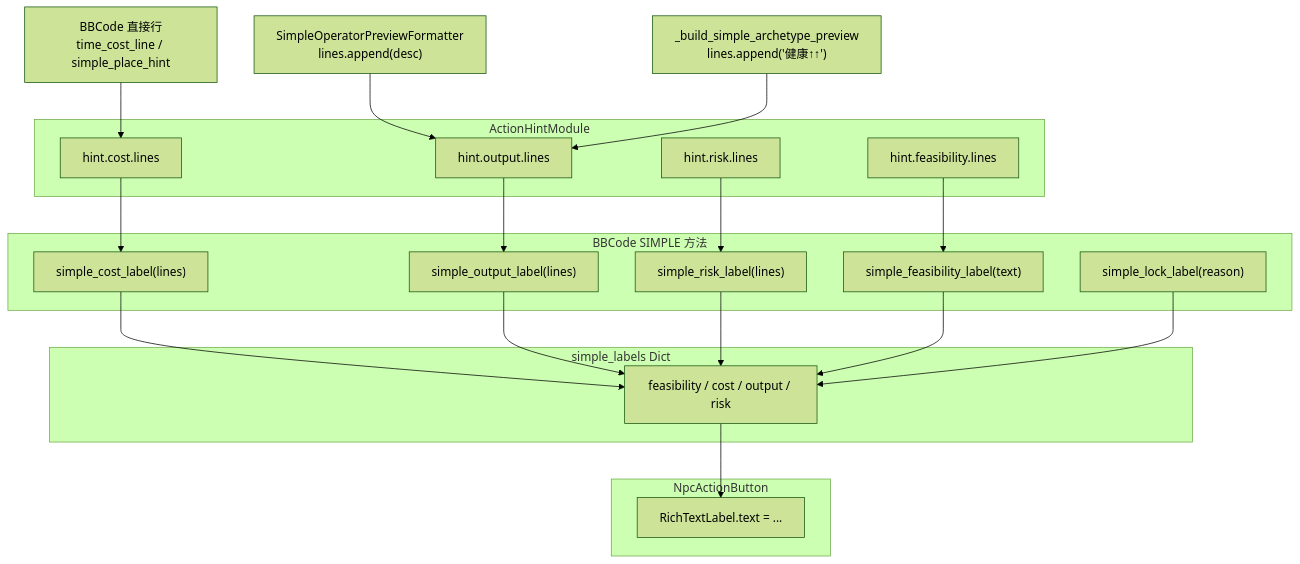
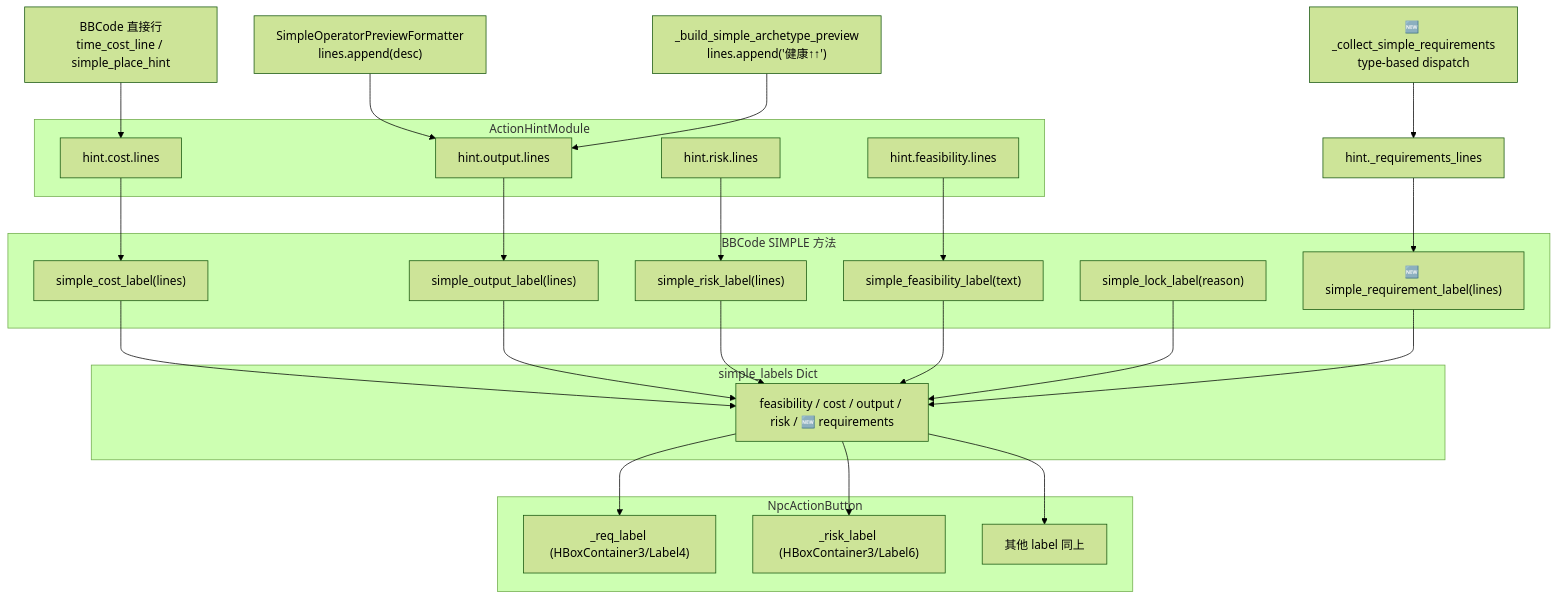
The second of 2 diagrams in DOCUMENTATIONS/feature_intents/hint_profile.md (67-68/poem_map_project), drawn with Mermaid (forest theme) before and after one commit. The commit also changed other lines of this file and 12 other files, not shown here.

Commit message:
action requirement simple profile extend

````diff
--- a/DOCUMENTATIONS/feature_intents/hint_profile.md
+++ b/DOCUMENTATIONS/feature_intents/hint_profile.md
@@ -63,44 +85,53 @@
 ```mermaid
 flowchart TD
     S1["SimpleOperatorPreviewFormatter<br/>lines.append(desc)"]
     S2["_build_simple_archetype_preview<br/>lines.append('健康↑↑')"]
     S3["BBCode 直接行<br/>time_cost_line / simple_place_hint"]
+    S4["🆕 _collect_simple_requirements<br/>type-based dispatch"]
 
     S1 --> M2
     S3 --> M1
     S2 --> M2
+    S4 --> RL["hint._requirements_lines"]
 
     subgraph Module["ActionHintModule"]
         M1["hint.cost.lines"]
         M2["hint.output.lines"]
         M3["hint.risk.lines"]
         M4["hint.feasibility.lines"]
     end
 
     subgraph BBCode["BBCode SIMPLE 方法"]
         B1["simple_cost_label(lines)"]
         B2["simple_output_label(lines)"]
         B3["simple_risk_label(lines)"]
         B4["simple_feasibility_label(text)"]
         B5["simple_lock_label(reason)"]
+        B6["🆕 simple_requirement_label(lines)"]
     end
 
     subgraph Dict["simple_labels Dict"]
-        D1["feasibility / cost / output / risk"]
+        D1["feasibility / cost / output / risk / 🆕 requirements"]
     end
 
     subgraph UI["NpcActionButton"]
-        U1["RichTextLabel.text = ..."]
+        U1["_req_label (HBoxContainer3/Label4)"]
+        U2["_risk_label (HBoxContainer3/Label6)"]
+        U3["其他 label 同上"]
     end
 
     M1 --> B1
     M2 --> B2
     M3 --> B3
     M4 --> B4
+    RL --> B6
     B1 --> D1
     B2 --> D1
     B3 --> D1
     B4 --> D1
     B5 --> D1
+    B6 --> D1
     D1 --> U1
+    D1 --> U2
+    D1 --> U3
 ```
````
